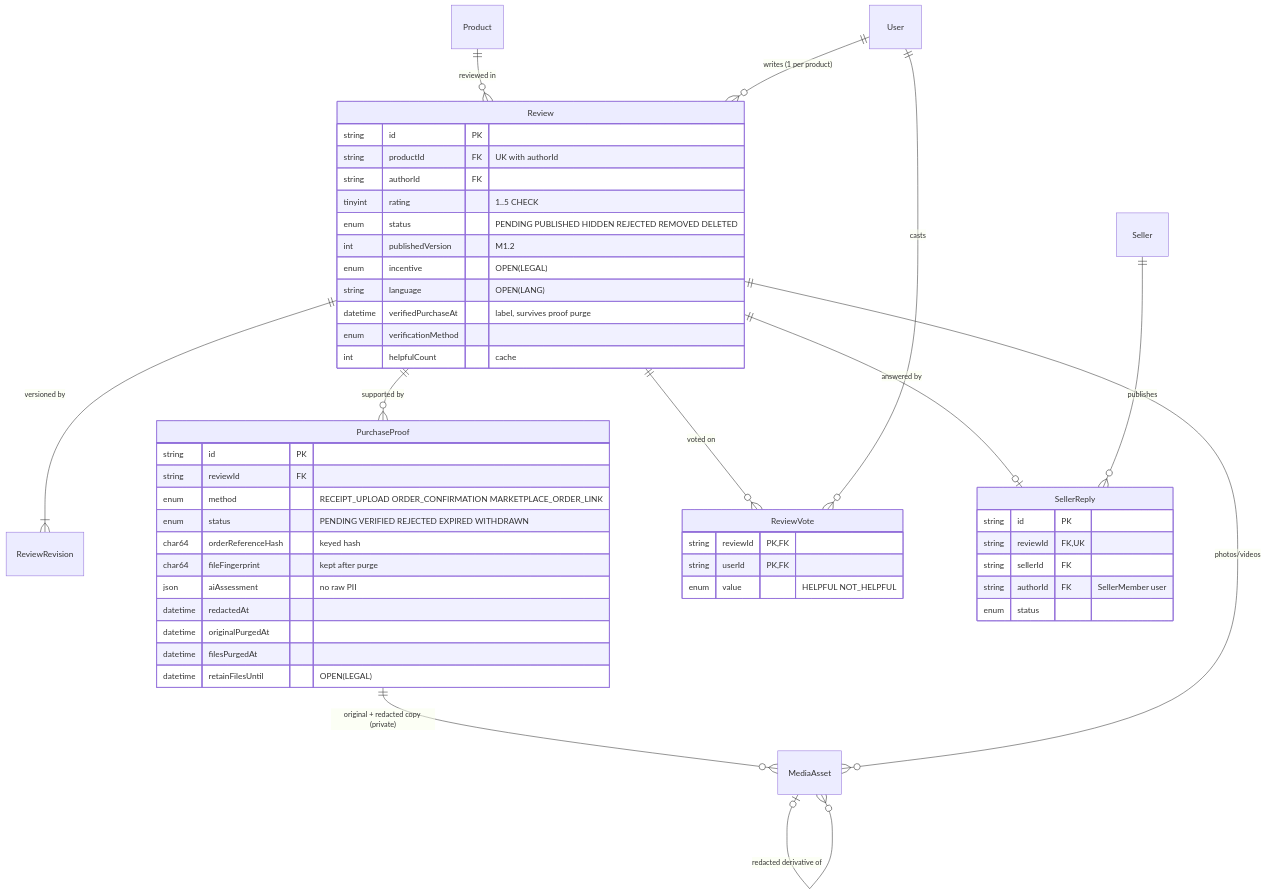
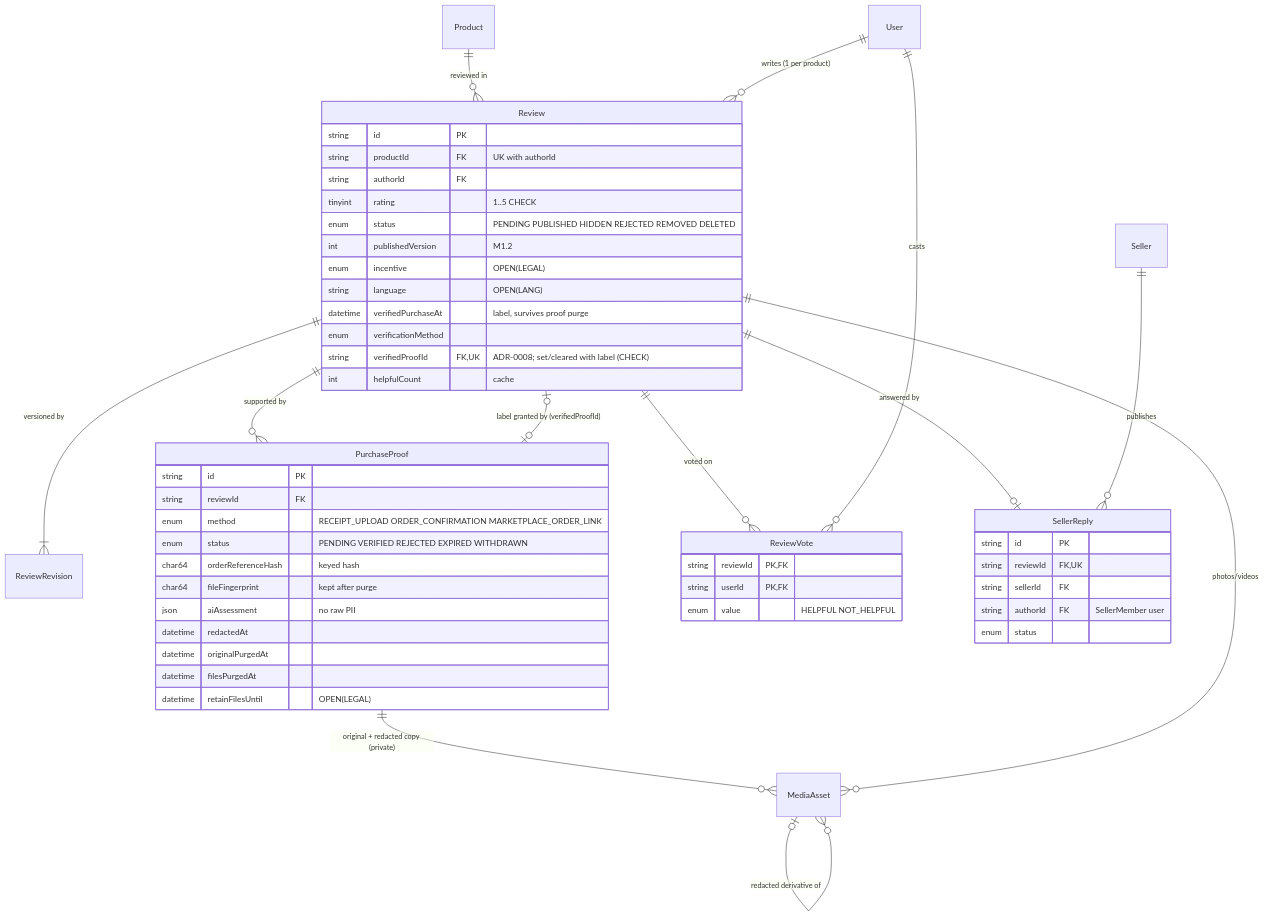
The fourth of 8 diagrams in docs/architecture/data-model.md (adeel4166/review-platform), drawn with Mermaid before and after one commit. The commit also changed other lines of this file and 16 other files, not shown here.

````diff
--- a/docs/architecture/data-model.md
+++ b/docs/architecture/data-model.md
@@ -223,53 +225,55 @@
 ```mermaid
 erDiagram
   Product ||--o{ Review : "reviewed in"
   User ||--o{ Review : "writes (1 per product)"
   Review ||--|{ ReviewRevision : "versioned by"
   Review ||--o{ PurchaseProof : "supported by"
+  Review |o--o| PurchaseProof : "label granted by (verifiedProofId)"
   PurchaseProof ||--o{ MediaAsset : "original + redacted copy (private)"
   MediaAsset |o--o{ MediaAsset : "redacted derivative of"
   Review ||--o{ ReviewVote : "voted on"
   User ||--o{ ReviewVote : "casts"
   Review ||--o| SellerReply : "answered by"
   Seller ||--o{ SellerReply : "publishes"
   Review ||--o{ MediaAsset : "photos/videos"
 
   Review {
     string id PK
     string productId FK "UK with authorId"
     string authorId FK
     tinyint rating "1..5 CHECK"
     enum status "PENDING PUBLISHED HIDDEN REJECTED REMOVED DELETED"
     int publishedVersion "M1.2"
     enum incentive "OPEN(LEGAL)"
     string language "OPEN(LANG)"
     datetime verifiedPurchaseAt "label, survives proof purge"
     enum verificationMethod
+    string verifiedProofId FK,UK "ADR-0008; set/cleared with label (CHECK)"
     int helpfulCount "cache"
   }
   PurchaseProof {
     string id PK
     string reviewId FK
     enum method "RECEIPT_UPLOAD ORDER_CONFIRMATION MARKETPLACE_ORDER_LINK"
     enum status "PENDING VERIFIED REJECTED EXPIRED WITHDRAWN"
     char64 orderReferenceHash "keyed hash"
     char64 fileFingerprint "kept after purge"
     json aiAssessment "no raw PII"
     datetime redactedAt
     datetime originalPurgedAt
     datetime filesPurgedAt
     datetime retainFilesUntil "OPEN(LEGAL)"
   }
   ReviewVote {
     string reviewId PK,FK
     string userId PK,FK
     enum value "HELPFUL NOT_HELPFUL"
   }
   SellerReply {
     string id PK
     string reviewId FK,UK
     string sellerId FK
     string authorId FK "SellerMember user"
     enum status
   }
 ```
````
